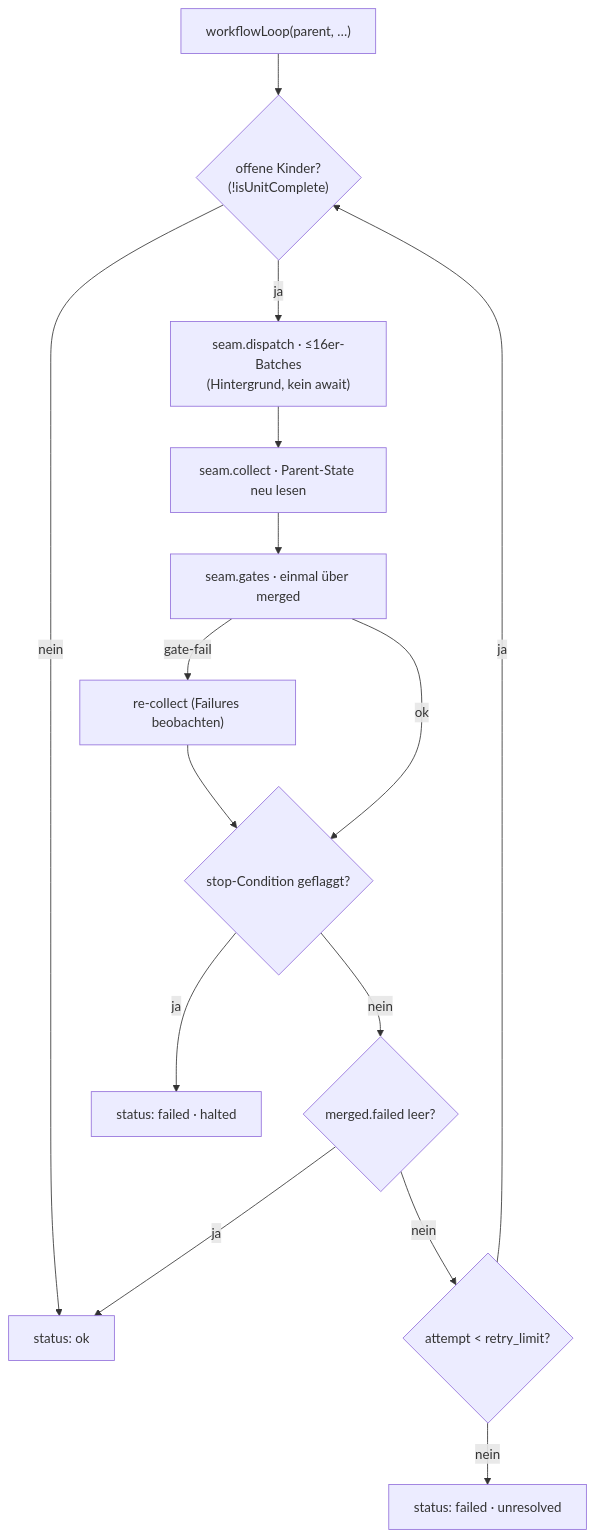
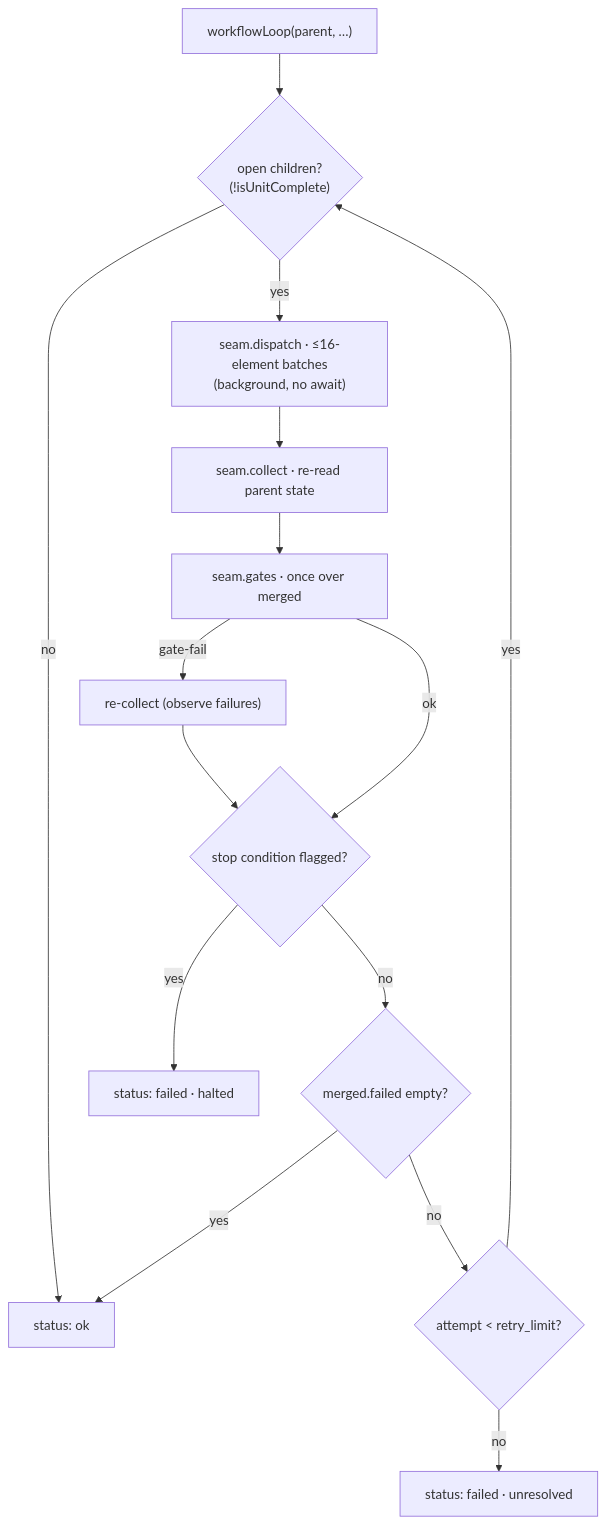
Before and after one commit to chafoo/anchored: the diagram in docs/core/engine/scope/loop-workflow.md, drawn with Mermaid. The commit also changed other lines of this file and 131 other files, not shown here.

````diff
--- a/docs/core/engine/scope/loop-workflow.md
+++ b/docs/core/engine/scope/loop-workflow.md
@@ -35,17 +36,17 @@
 ```mermaid
 flowchart TB
-    start["workflowLoop(parent, …)"] --> open{"offene Kinder?<br/>(!isUnitComplete)"}
-    open -->|nein| ok["status: ok"]
-    open -->|ja| disp["seam.dispatch · ≤16er-Batches<br/>(Hintergrund, kein await)"]
-    disp --> coll["seam.collect · Parent-State neu lesen"]
-    coll --> gates["seam.gates · einmal über merged"]
-    gates -->|gate-fail| recoll["re-collect (Failures beobachten)"]
+    start["workflowLoop(parent, …)"] --> open{"open children?<br/>(!isUnitComplete)"}
+    open -->|no| ok["status: ok"]
+    open -->|yes| disp["seam.dispatch · ≤16-element batches<br/>(background, no await)"]
+    disp --> coll["seam.collect · re-read parent state"]
+    coll --> gates["seam.gates · once over merged"]
+    gates -->|gate-fail| recoll["re-collect (observe failures)"]
     gates -->|ok| stopc
-    recoll --> stopc{"stop-Condition geflaggt?"}
-    stopc -->|ja| halt["status: failed · halted"]
-    stopc -->|nein| failed{"merged.failed leer?"}
-    failed -->|ja| ok
-    failed -->|nein| retry{"attempt < retry_limit?"}
-    retry -->|ja| open
-    retry -->|nein| unresolved["status: failed · unresolved"]
+    recoll --> stopc{"stop condition flagged?"}
+    stopc -->|yes| halt["status: failed · halted"]
+    stopc -->|no| failed{"merged.failed empty?"}
+    failed -->|yes| ok
+    failed -->|no| retry{"attempt < retry_limit?"}
+    retry -->|yes| open
+    retry -->|no| unresolved["status: failed · unresolved"]
 ```
````
